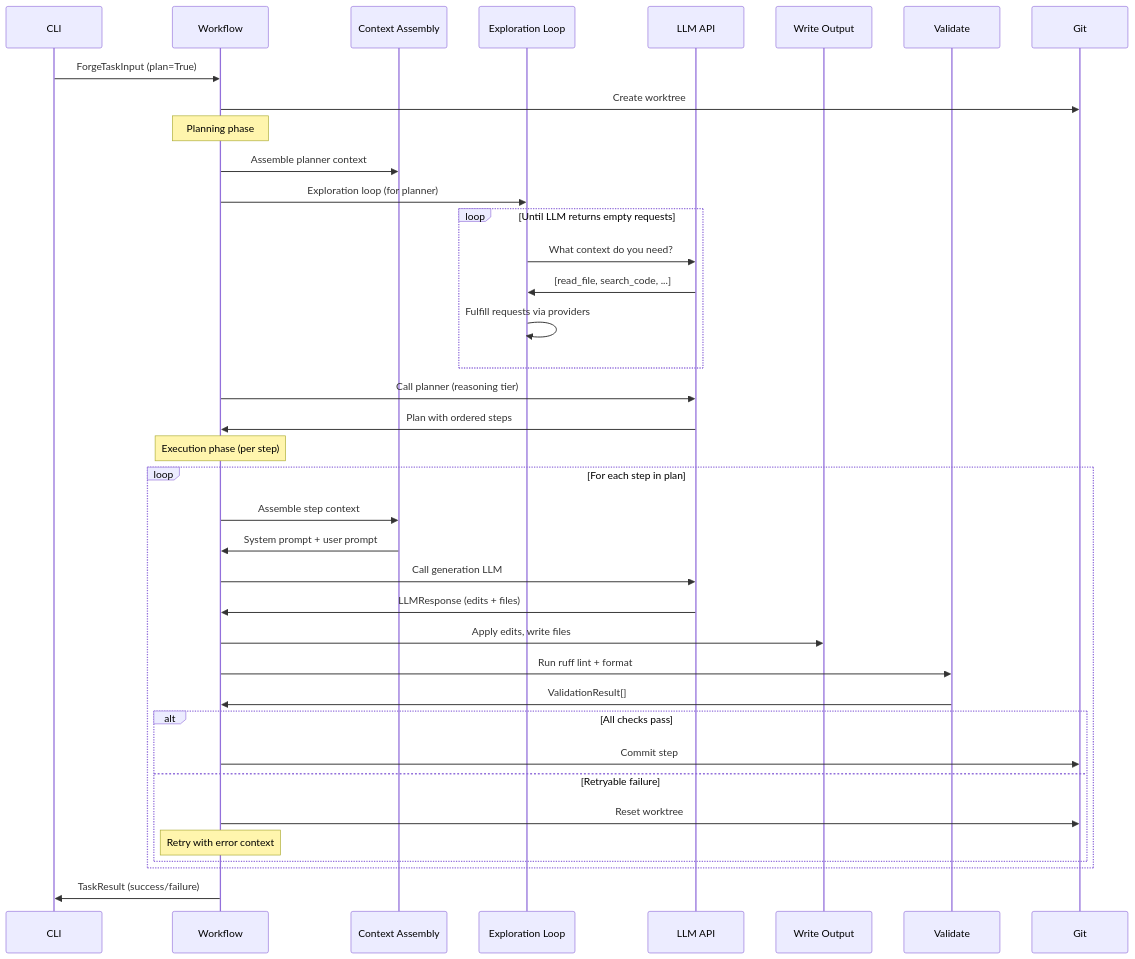
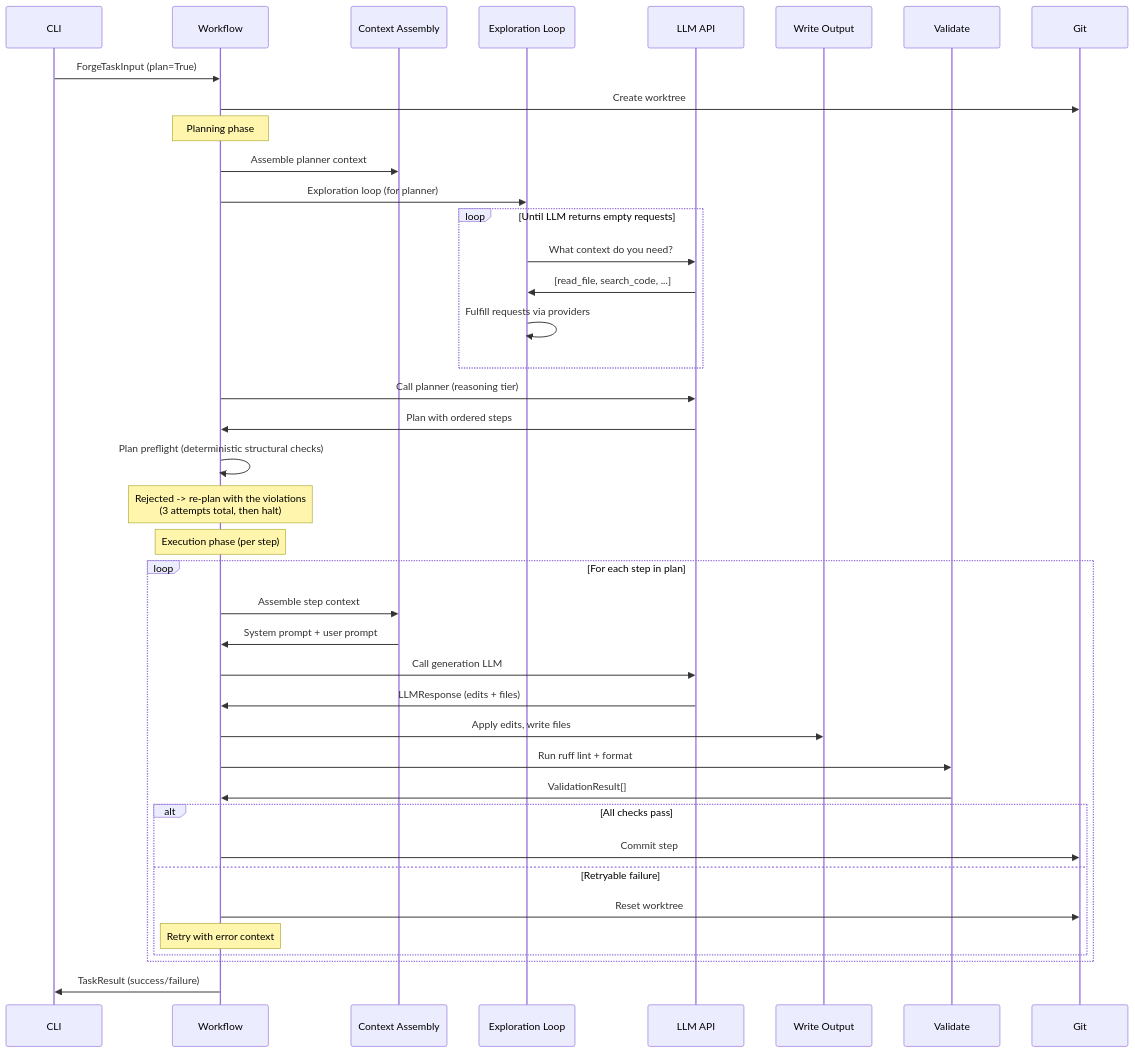
Before and after one commit to stevegsax/forge: the tenth of 10 diagrams in docs/ARCHITECTURE.md, drawn with Mermaid. The commit also changed other lines of this file and 22 other files, not shown here.

````diff
--- a/docs/ARCHITECTURE.md
+++ b/docs/ARCHITECTURE.md
@@ -464,45 +464,47 @@
 ```mermaid
 sequenceDiagram
     participant CLI as CLI
     participant W as Workflow
     participant Ctx as Context Assembly
     participant Exp as Exploration Loop
     participant LLM as LLM API
     participant Out as Write Output
     participant Val as Validate
     participant Git as Git
 
     CLI->>W: ForgeTaskInput (plan=True)
     W->>Git: Create worktree
 
     Note over W: Planning phase
     W->>Ctx: Assemble planner context
     W->>Exp: Exploration loop (for planner)
     loop Until LLM returns empty requests
         Exp->>LLM: What context do you need?
         LLM->>Exp: [read_file, search_code, ...]
         Exp->>Exp: Fulfill requests via providers
     end
     W->>LLM: Call planner (reasoning tier)
     LLM->>W: Plan with ordered steps
+    W->>W: Plan preflight (deterministic structural checks)
+    Note over W: Rejected -> re-plan with the violations<br/>(3 attempts total, then halt)
 
     Note over W: Execution phase (per step)
     loop For each step in plan
         W->>Ctx: Assemble step context
         Ctx->>W: System prompt + user prompt
         W->>LLM: Call generation LLM
         LLM->>W: LLMResponse (edits + files)
         W->>Out: Apply edits, write files
         W->>Val: Run ruff lint + format
         Val->>W: ValidationResult[]
 
         alt All checks pass
             W->>Git: Commit step
         else Retryable failure
             W->>Git: Reset worktree
             Note over W: Retry with error context
         end
     end
 
     W->>CLI: TaskResult (success/failure)
 ```
````
